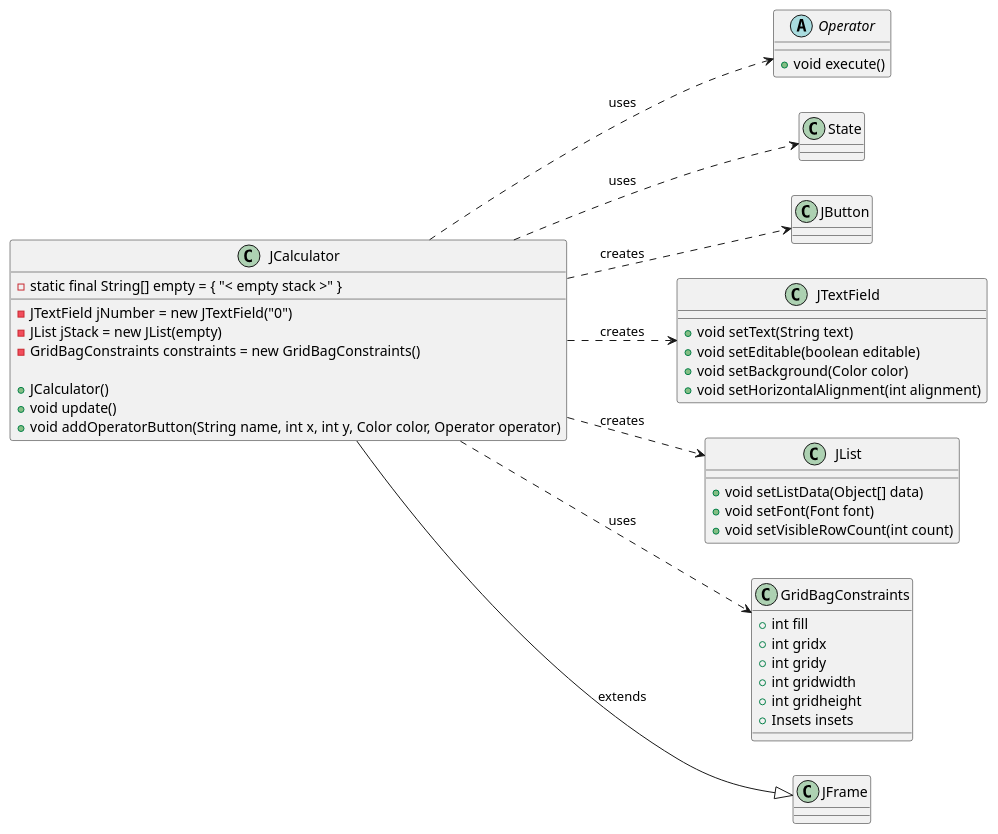
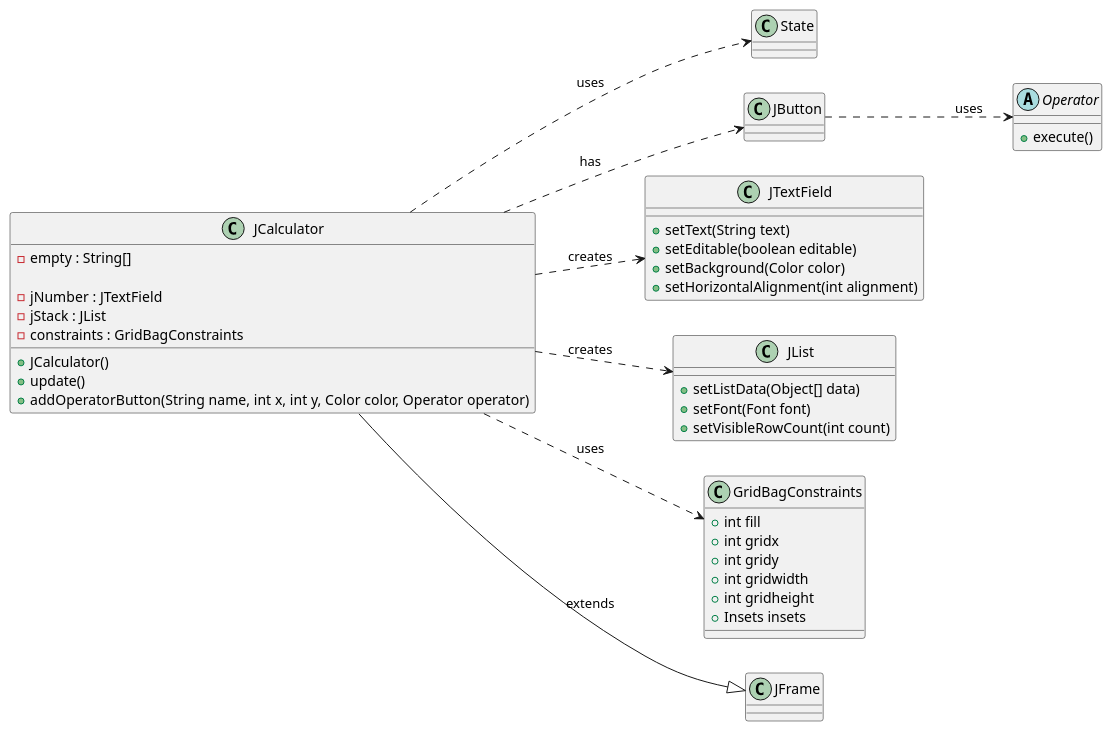
The diagram in UML_Diagrams/JCalculator_uml.puml (Dansnts/POO-Labo7), drawn with PlantUML before and after one commit. The commit also changed 6 other files, not shown here.

Commit message:
updated diagrams

```diff
--- a/UML_Diagrams/JCalculator_uml.puml
+++ b/UML_Diagrams/JCalculator_uml.puml
@@ -1,50 +1,51 @@
 @startuml JCalculator
 left to right direction
 class JCalculator {
-  - static final String[] empty = { "< empty stack >" }
+  - empty : String[]
 
-  - JTextField jNumber = new JTextField("0")
-  - JList jStack = new JList(empty)
-  - GridBagConstraints constraints = new GridBagConstraints()
+  - jNumber : JTextField
+  - jStack : JList
+  - constraints : GridBagConstraints
 
   + JCalculator()
-  + void update()
-  + void addOperatorButton(String name, int x, int y, Color color, Operator operator)
+  + update()
+  + addOperatorButton(String name, int x, int y, Color color, Operator operator)
 }
 
-JCalculator ..> Operator : uses
+
 JCalculator ..> State : uses
-JCalculator ..> JButton : creates
+JCalculator ..> JButton : has
 JCalculator ..> JTextField : creates
 JCalculator ..> JList : creates
 JCalculator ..> GridBagConstraints : uses
+JButton ..> Operator : uses
 
 class JTextField {
-  + void setText(String text)
-  + void setEditable(boolean editable)
-  + void setBackground(Color color)
-  + void setHorizontalAlignment(int alignment)
+  + setText(String text)
+  + setEditable(boolean editable)
+  + setBackground(Color color)
+  + setHorizontalAlignment(int alignment)
 }
 
 class JList {
-  + void setListData(Object[] data)
-  + void setFont(Font font)
-  + void setVisibleRowCount(int count)
+  + setListData(Object[] data)
+  + setFont(Font font)
+  + setVisibleRowCount(int count)
 }
 
 class GridBagConstraints {
   + int fill
   + int gridx
   + int gridy
   + int gridwidth
   + int gridheight
   + Insets insets
 }
 
 abstract class Operator {
-  + void execute()
+  + execute()
 }
 
 JCalculator --|> JFrame : extends
 
 @enduml
```
